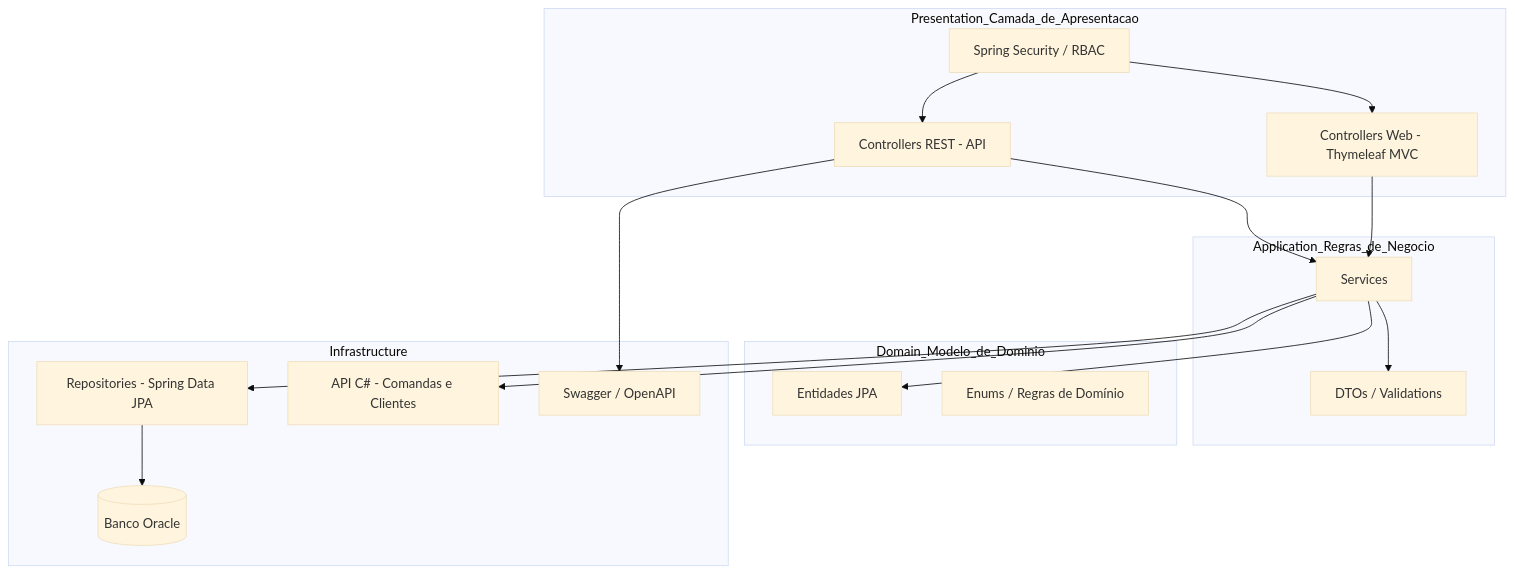
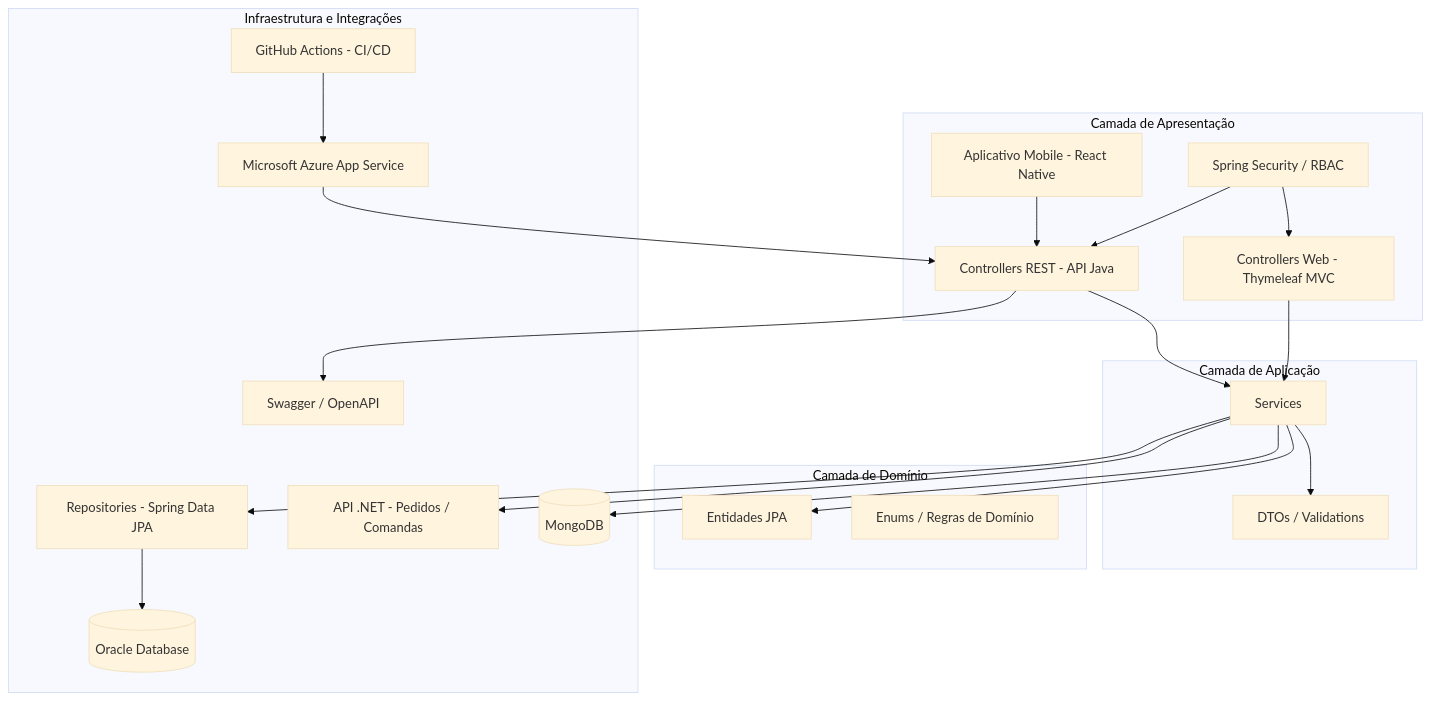
One commit to alanerochaa/pedix-api changed the diagram in README.md. Above: the diagram before and after it, drawn with Mermaid (base theme). The commit also changed other lines of this file and 4 other files, not shown here.

Commit message:
update Sprint 4 README, Azure deploy evidences and architecture diagrams"

````diff
--- a/README.md
+++ b/README.md
@@ -160,38 +221,51 @@
 ```mermaid
 flowchart TD
 
-    subgraph Presentation_Camada_de_Apresentacao
-        A[Controllers REST - API]
+    subgraph Presentation["Camada de Apresentação"]
+        A[Controllers REST - API Java]
         W[Controllers Web - Thymeleaf MVC]
+        M[Aplicativo Mobile - React Native]
         S[Spring Security / RBAC]
     end
 
-    subgraph Application_Regras_de_Negocio
+    subgraph Application["Camada de Aplicação"]
         B[Services]
         G[DTOs / Validations]
     end
 
-    subgraph Domain_Modelo_de_Dominio
+    subgraph Domain["Camada de Domínio"]
         C[Entidades JPA]
         H[Enums / Regras de Domínio]
     end
 
-    subgraph Infrastructure
+    subgraph Infrastructure["Infraestrutura e Integrações"]
         D[Repositories - Spring Data JPA]
-        E[(Banco Oracle)]
-        F[API C# - Comandas e Clientes]
+        E[(Oracle Database)]
+        F[API .NET - Pedidos / Comandas]
+        J[(MongoDB)]
         O[Swagger / OpenAPI]
+        Z[Microsoft Azure App Service]
+        CI[GitHub Actions - CI/CD]
     end
 
     A --> B
     W --> B
+    M --> A
+
+    S --> A
     S --> W
-    S --> A
+
     B --> C
     B --> D
     B --> G
     B --> F
+    B --> J
+
     D --> E
+
     A --> O
+
+    CI --> Z
+    Z --> A
     
-```
+  ```  
````
